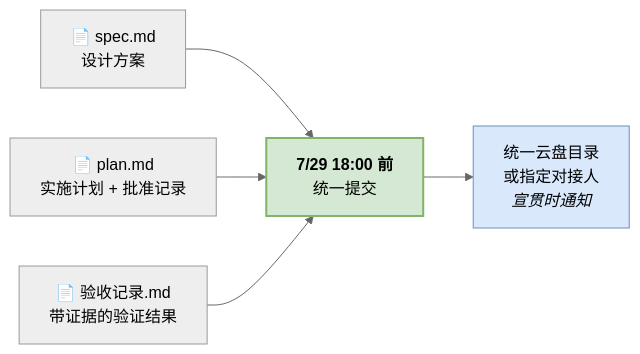
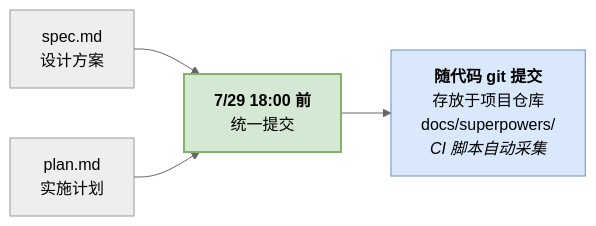
The fourth of 5 diagrams in 全员认知培训/研发AI提效落地方案·流程先行（试行）.md (Woaini654321/efficiency-improvement), drawn with Mermaid (neutral theme) before and after one commit. The commit also changed other lines of this file, not shown here.

````diff
--- a/全员认知培训/研发AI提效落地方案·流程先行（试行）.md
+++ b/全员认知培训/研发AI提效落地方案·流程先行（试行）.md
@@ -196,9 +126,8 @@
 ```mermaid
 flowchart LR
-    S["📄 spec.md<br/>设计方案"] --> Z["<b>7/29 18:00 前</b><br/>统一提交"]
-    P["📄 plan.md<br/>实施计划 + 批准记录"] --> Z
-    V["📄 验收记录.md<br/>带证据的验证结果"] --> Z
-    Z --> Z2["统一云盘目录<br/>或指定对接人<br/><i>宣贯时通知</i>"]
+    S["spec.md<br/>设计方案"] --> Z["<b>7/29 18:00 前</b><br/>统一提交"]
+    P["plan.md<br/>实施计划"] --> Z
+    Z --> Z2["<b>随代码 git 提交</b><br/>存放于项目仓库<br/>docs/superpowers/<br/><i>CI 脚本自动采集</i>"]
     style Z fill:#d5e8d4,stroke:#82b366,stroke-width:2px
     style Z2 fill:#dae8fc,stroke:#6c8ebf
 ```
````
